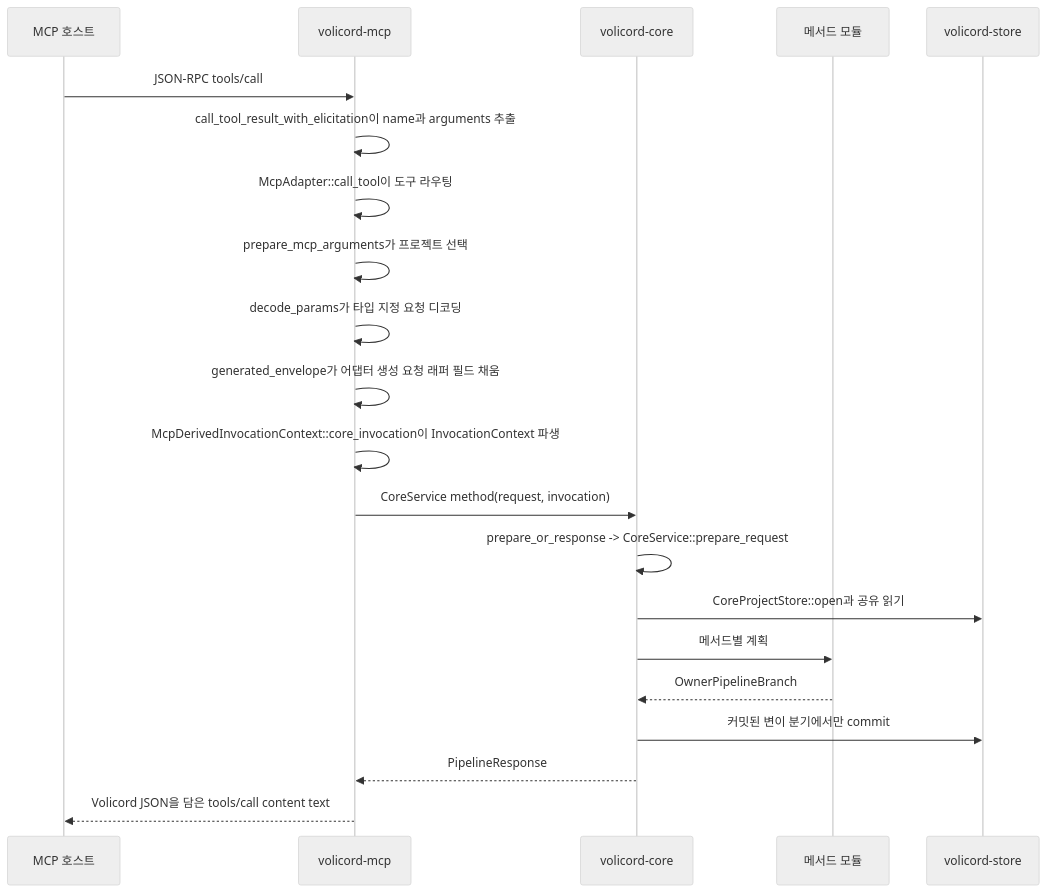
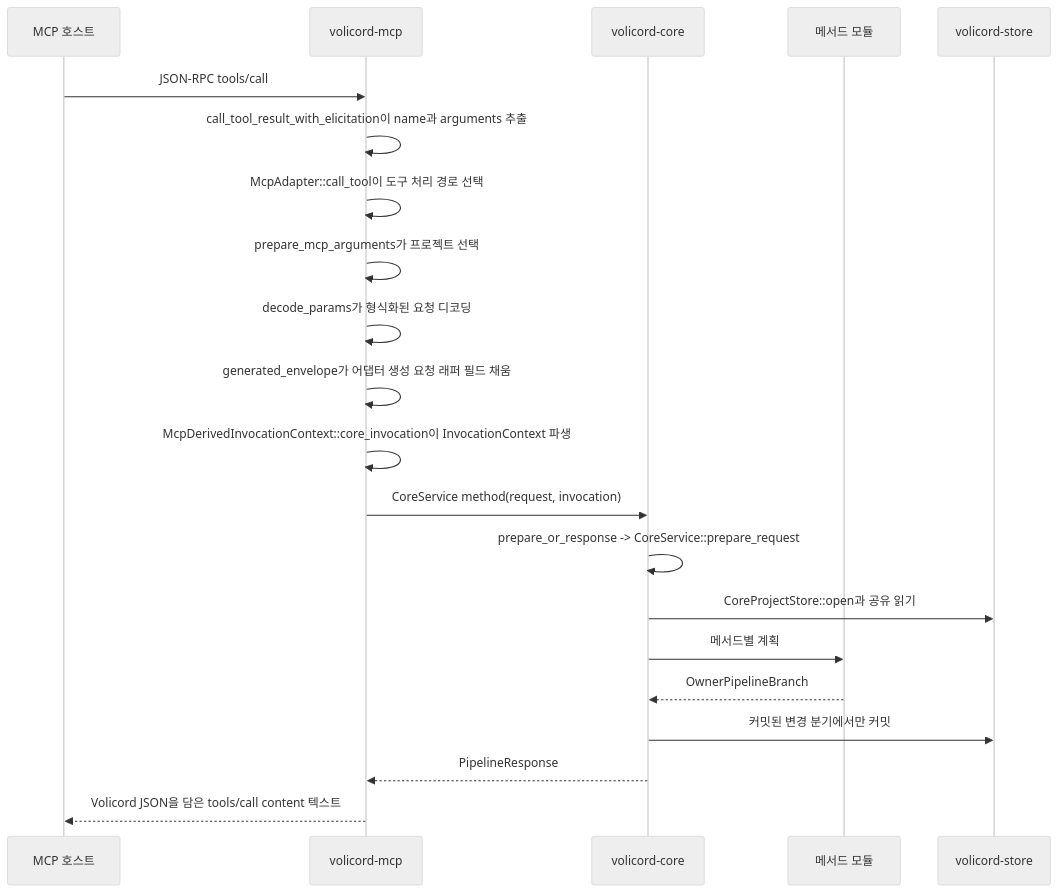
The diagram in docs/ko/architecture-guide/request-lifecycle.md (minjungw00/Volicord), drawn with Mermaid (neutral theme) before and after one commit. The commit also changed other lines of this file and 9 other files, not shown here.

Commit message:
docs: naturalize Korean architecture details

````diff
--- a/docs/ko/architecture-guide/request-lifecycle.md
+++ b/docs/ko/architecture-guide/request-lifecycle.md
@@ -36,24 +35,24 @@
 ```mermaid
 sequenceDiagram
   participant Host as MCP 호스트
   participant MCP as volicord-mcp
   participant Core as volicord-core
   participant Method as 메서드 모듈
   participant Store as volicord-store
 
   Host->>MCP: JSON-RPC tools/call
   MCP->>MCP: call_tool_result_with_elicitation이 name과 arguments 추출
-  MCP->>MCP: McpAdapter::call_tool이 도구 라우팅
+  MCP->>MCP: McpAdapter::call_tool이 도구 처리 경로 선택
   MCP->>MCP: prepare_mcp_arguments가 프로젝트 선택
-  MCP->>MCP: decode_params가 타입 지정 요청 디코딩
+  MCP->>MCP: decode_params가 형식화된 요청 디코딩
   MCP->>MCP: generated_envelope가 어댑터 생성 요청 래퍼 필드 채움
   MCP->>MCP: McpDerivedInvocationContext::core_invocation이 InvocationContext 파생
   MCP->>Core: CoreService method(request, invocation)
   Core->>Core: prepare_or_response -> CoreService::prepare_request
   Core->>Store: CoreProjectStore::open과 공유 읽기
   Core->>Method: 메서드별 계획
   Method-->>Core: OwnerPipelineBranch
-  Core->>Store: 커밋된 변이 분기에서만 commit
+  Core->>Store: 커밋된 변경 분기에서만 커밋
   Core-->>MCP: PipelineResponse
-  MCP-->>Host: Volicord JSON을 담은 tools/call content text
+  MCP-->>Host: Volicord JSON을 담은 tools/call content 텍스트
 ```
````
